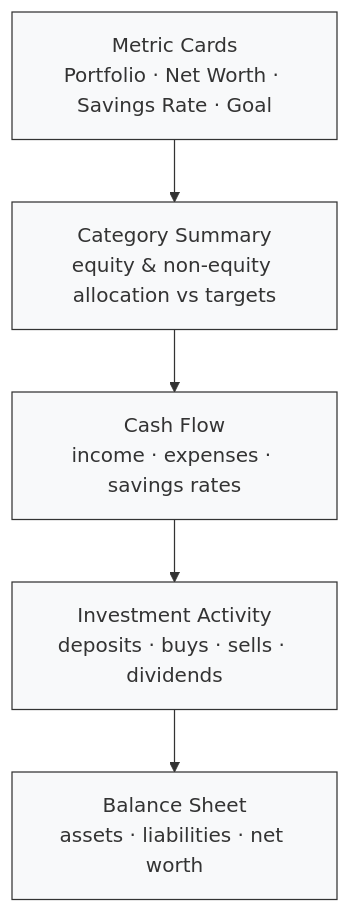
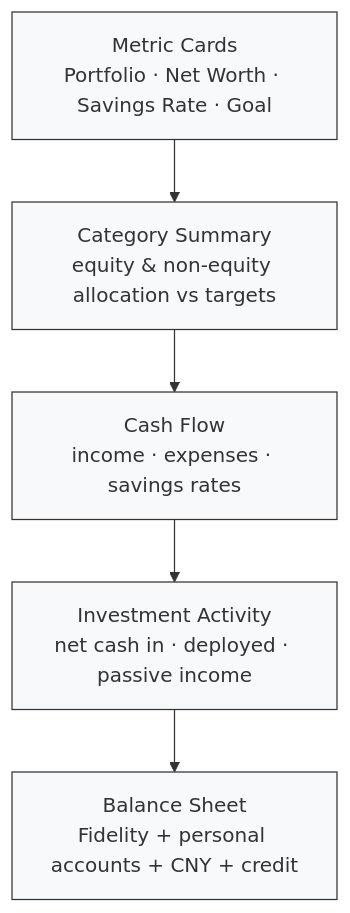
The fourth of 4 diagrams in README.md (Guoyuer/portal), drawn with Mermaid before and after one commit. The commit also changed other lines of this file, not shown here.

Commit message:
docs: Update README to reflect complete pipeline architecture

````diff
--- a/README.md
+++ b/README.md
@@ -131,13 +139,13 @@
 ```mermaid
 graph TD
     A["Metric Cards<br/>Portfolio · Net Worth · Savings Rate · Goal"] --> B["Category Summary<br/>equity & non-equity allocation vs targets"]
     B --> C["Cash Flow<br/>income · expenses · savings rates"]
-    C --> D["Investment Activity<br/>deposits · buys · sells · dividends"]
-    D --> E["Balance Sheet<br/>assets · liabilities · net worth"]
+    C --> D["Investment Activity<br/>net cash in · deployed · passive income"]
+    D --> E["Balance Sheet<br/>Fidelity + personal accounts + CNY + credit"]
 
     style A fill:#f8f9fa,stroke:#333
     style B fill:#f8f9fa,stroke:#333
     style C fill:#f8f9fa,stroke:#333
     style D fill:#f8f9fa,stroke:#333
     style E fill:#f8f9fa,stroke:#333
 ```
````
